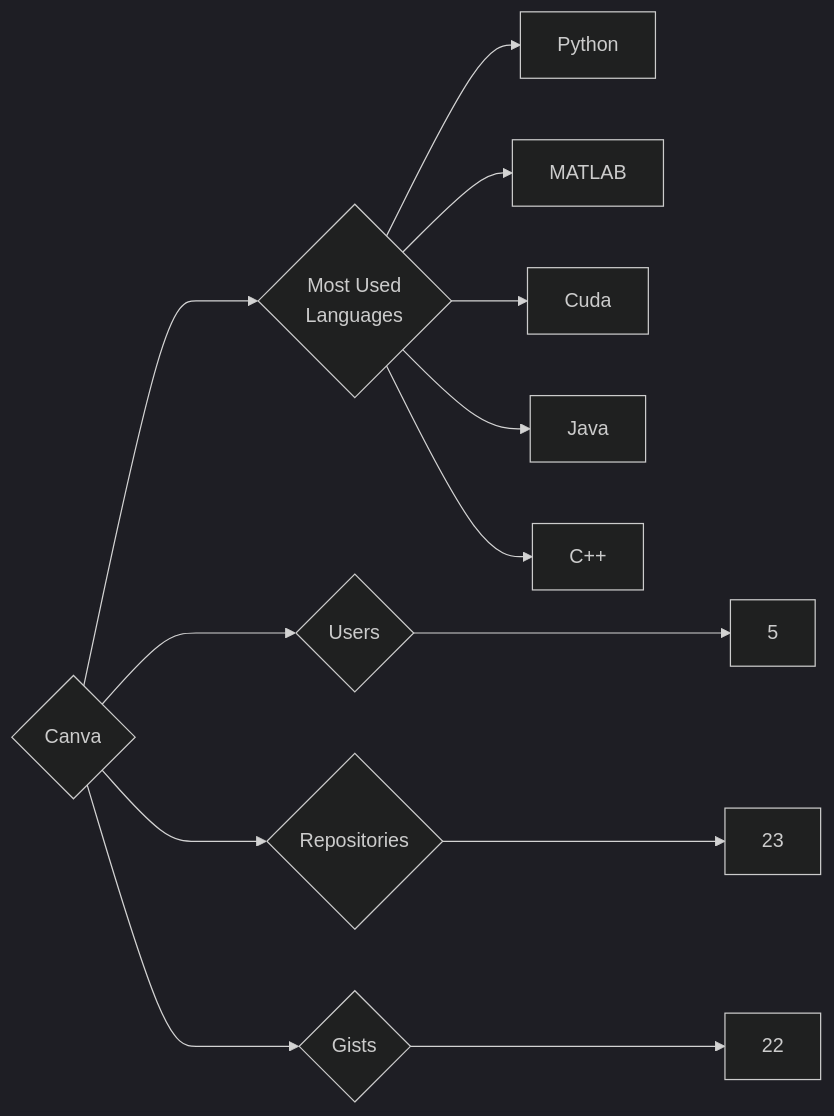
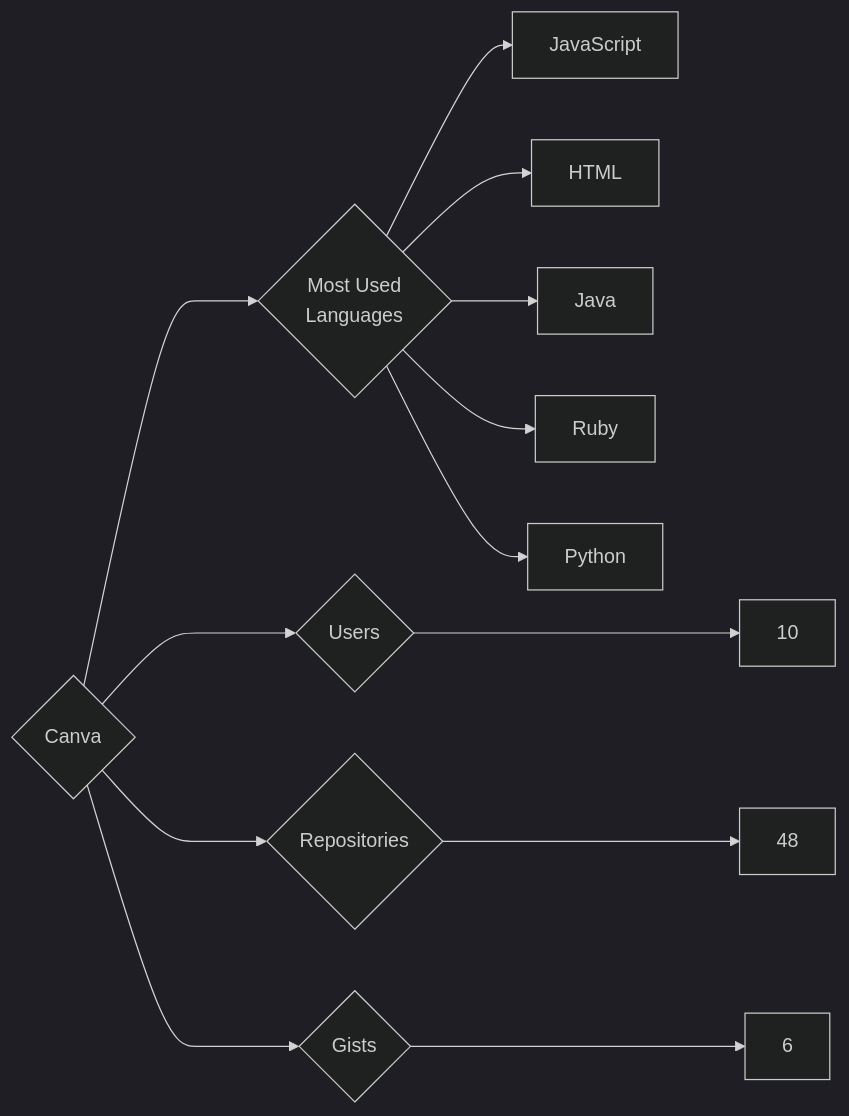
One commit to trickest/insiders changed the diagram in targets/Canva/README.md. Above: the diagram before and after it, drawn with Mermaid (dark theme). The commit also changed 1212 other files, not shown here.

````diff
--- a/targets/Canva/README.md
+++ b/targets/Canva/README.md
@@ -3,13 +3,13 @@
 ```mermaid
 graph LR
 COMPANY_NAME{Canva}
-COMPANY_NAME ---> U{Users} ---> UN[5]
-COMPANY_NAME ---> R{Repositories} ---> RN[23]
-COMPANY_NAME ---> G{Gists} ---> GN[22]
+COMPANY_NAME ---> U{Users} ---> UN[10]
+COMPANY_NAME ---> R{Repositories} ---> RN[48]
+COMPANY_NAME ---> G{Gists} ---> GN[6]
 COMPANY_NAME ---> ML{Most Used<br>Languages}
+ML --> JavaScript[JavaScript]
+ML --> HTML[HTML]
+ML --> Java[Java]
+ML --> Ruby[Ruby]
 ML --> Python[Python]
-ML --> MATLAB[MATLAB]
-ML --> Cuda[Cuda]
-ML --> Java[Java]
-ML --> C++[C++]
 ```
````
